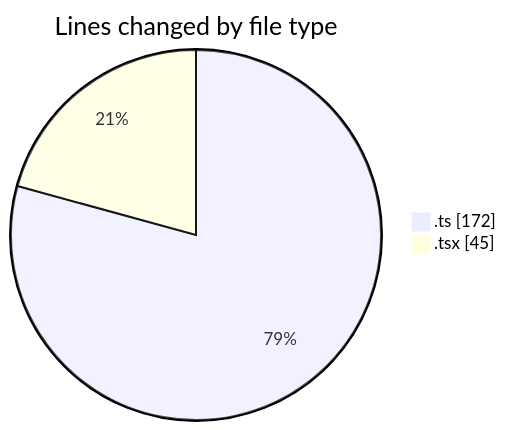
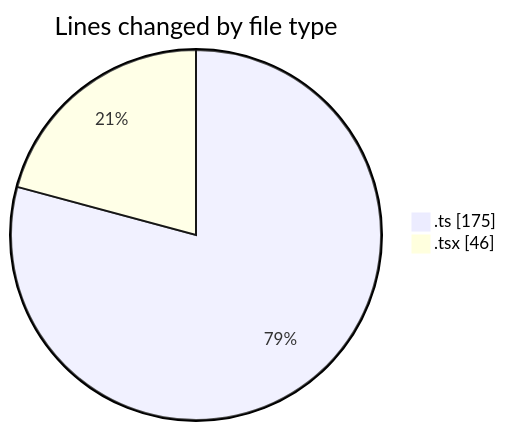
One commit to julien-gomy/code-tracking changed the first of 2 diagrams in 2025-11-26/eventscop-frontend-guide__workspace_/README.md. Above: the diagram before and after it, drawn with Mermaid. The commit also changed other lines of this file and 1 other file, not shown here.

````diff
--- a/2025-11-26/eventscop-frontend-guide__workspace_/README.md
+++ b/2025-11-26/eventscop-frontend-guide__workspace_/README.md
@@ -22,6 +22,6 @@
 ```mermaid
 pie showData
 title Lines changed by file type
-".ts" : 172
-".tsx" : 45
+".ts" : 175
+".tsx" : 46
 ```
````
